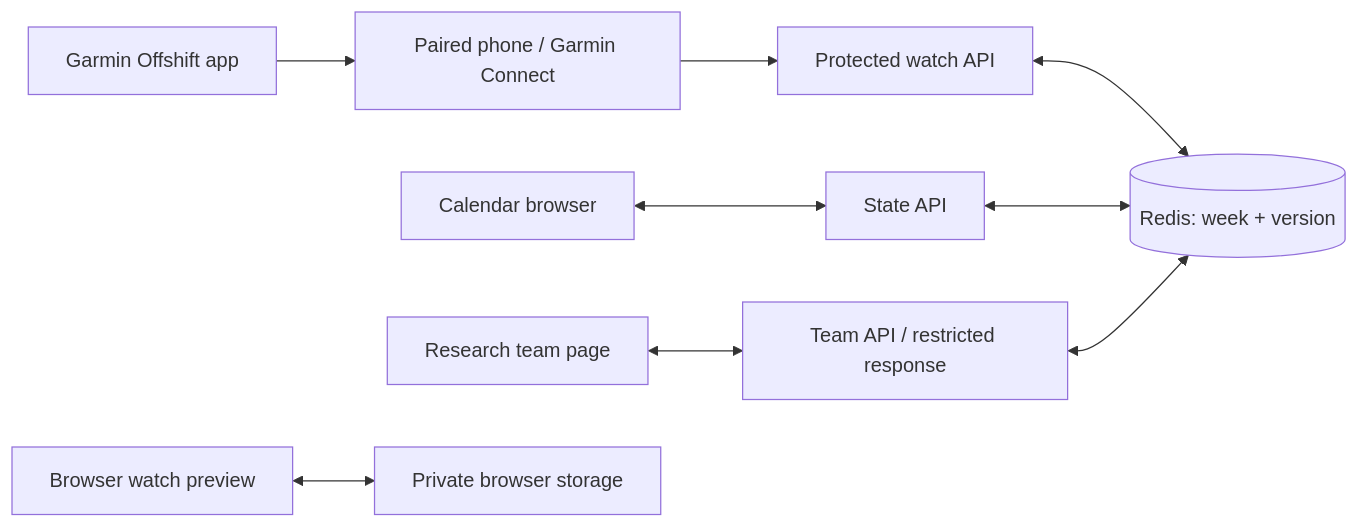
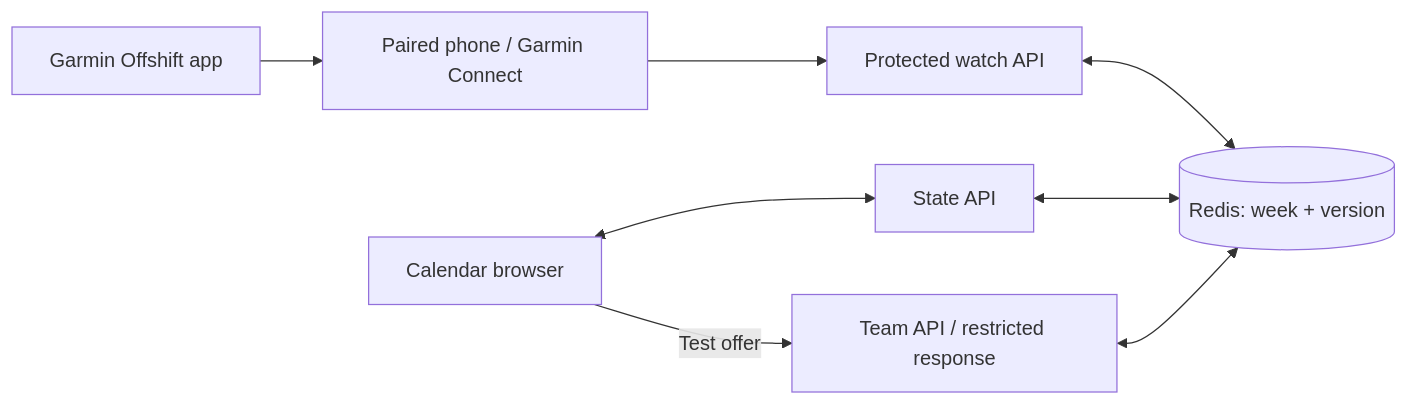
One commit to AndhikaNayakaAW/DECO2850-team-project changed the diagram in docs/wiki/Architecture.md. Above: the diagram before and after it, drawn with Mermaid. The commit also changed other lines of this file and 29 other files, not shown here.

````diff
--- a/docs/wiki/Architecture.md
+++ b/docs/wiki/Architecture.md
@@ -7,11 +7,10 @@
 ```mermaid
 flowchart LR
   G[Garmin Offshift app] --> P[Paired phone / Garmin Connect]
   P --> W[Protected watch API]
   C[Calendar browser] <--> S[State API]
-  T[Research team page] <--> A[Team API / restricted response]
+  C -- Test offer --> A[Team API / restricted response]
   W <--> R[(Redis: week + version)]
   S <--> R
   A <--> R
-  B[Browser watch preview] <--> L[Private browser storage]
 ```
````
